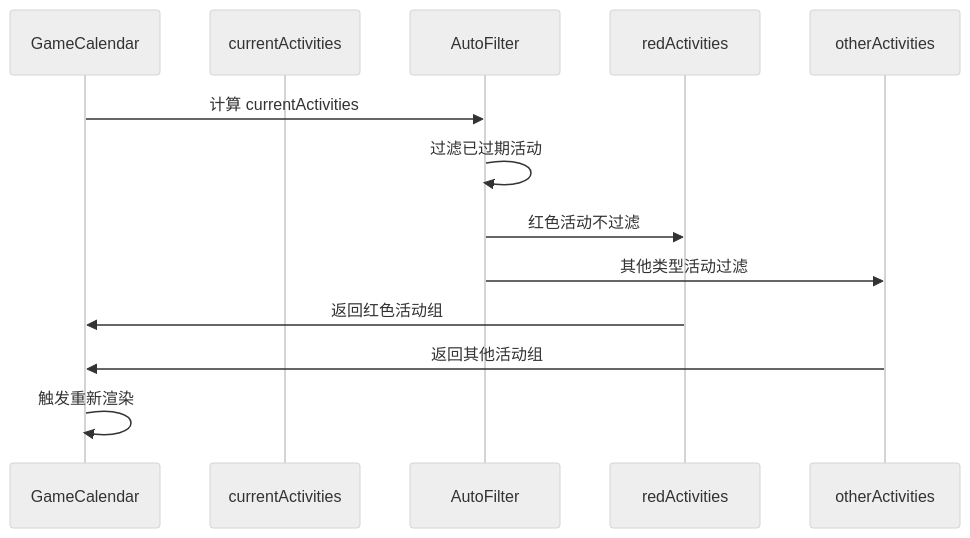
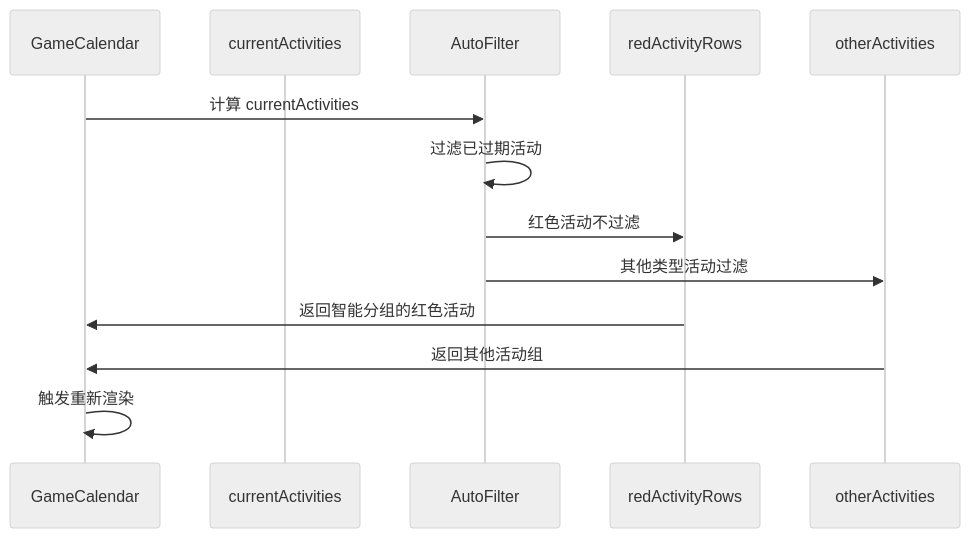
Before and after one commit to xuanyulingnfeg/gameCalendar: the sixth of 11 diagrams in .qoder/repowiki/zh/content/核心组件/GameCalendar 主容器组件.md, drawn with Mermaid (neutral theme). The commit also changed other lines of this file and 4 other files, not shown here.

````diff
--- a/.qoder/repowiki/zh/content/核心组件/GameCalendar 主容器组件.md
+++ b/.qoder/repowiki/zh/content/核心组件/GameCalendar 主容器组件.md
@@ -236,15 +348,15 @@
 ```mermaid
 sequenceDiagram
 participant GC as GameCalendar
 participant CA as currentActivities
 participant AF as AutoFilter
-participant RA as redActivities
+participant RA as redActivityRows
 participant OA as otherActivities
 GC->>AF : 计算 currentActivities
 AF->>AF : 过滤已过期活动
 AF->>RA : 红色活动不过滤
 AF->>OA : 其他类型活动过滤
-RA->>GC : 返回红色活动组
+RA->>GC : 返回智能分组的红色活动
 OA->>GC : 返回其他活动组
 GC->>GC : 触发重新渲染
 ```
````
